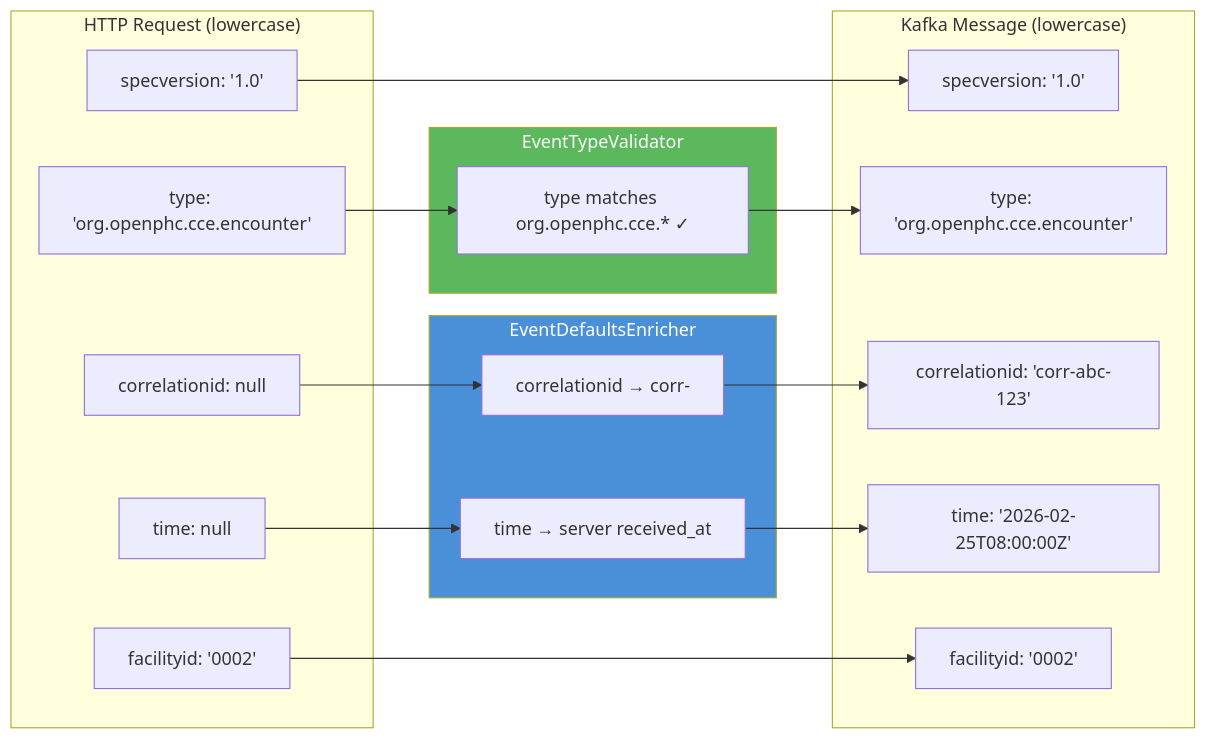
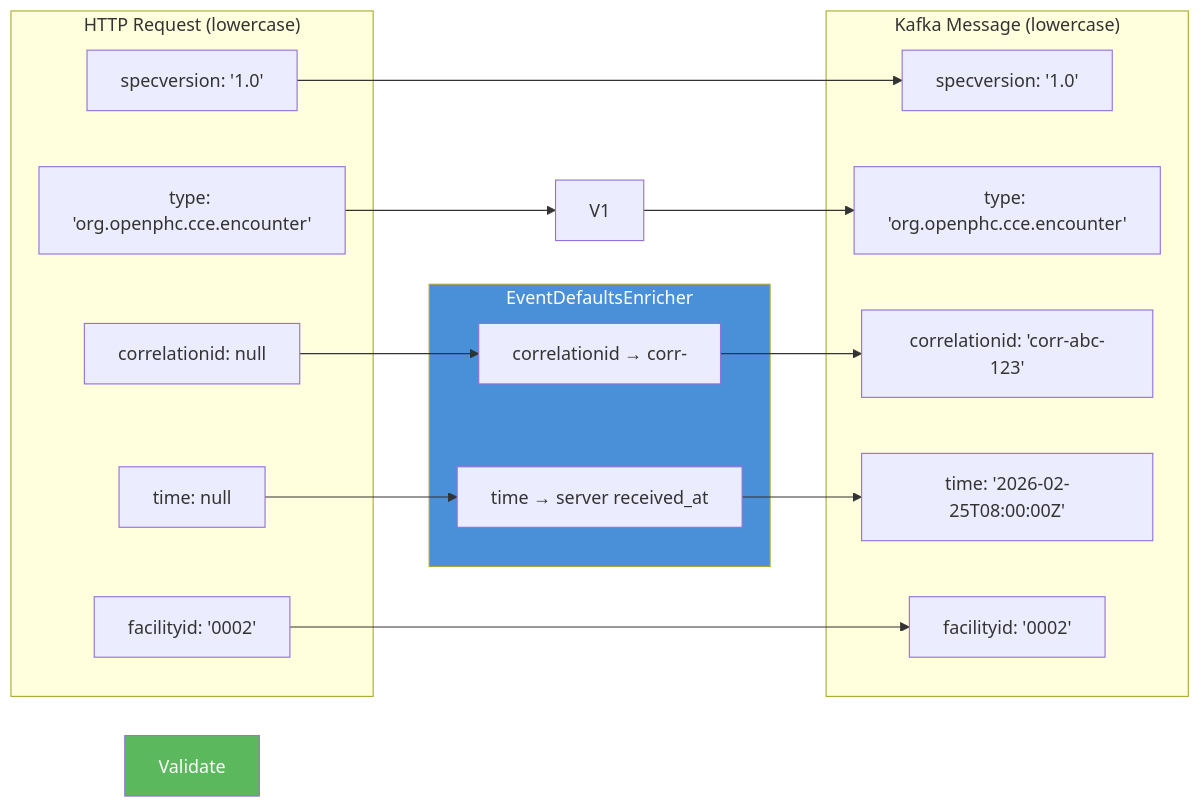
The seventh of 7 diagrams in docs/flow-diagrams.md (Jayaprakash8887/cce-collector-service), drawn with Mermaid before and after one commit. The commit also changed other lines of this file and 5 other files, not shown here.

````diff
--- a/docs/flow-diagrams.md
+++ b/docs/flow-diagrams.md
@@ -226,36 +214,32 @@
 ```mermaid
 flowchart LR
     subgraph Input["HTTP Request (lowercase)"]
         A1["specversion: '1.0'"]
         A2["type: 'org.openphc.cce.encounter'"]
         A3["correlationid: null"]
         A4["time: null"]
         A5["facilityid: '0002'"]
-    end
-
-    subgraph Validate["EventTypeValidator"]
-        V1["type matches org.openphc.cce.* ✓"]
     end
 
     subgraph Defaults["EventDefaultsEnricher"]
         N2["correlationid → corr-<uuid>"]
         N3["time → server received_at"]
     end
 
     subgraph Output["Kafka Message (lowercase)"]
         B1["specversion: '1.0'"]
         B2["type: 'org.openphc.cce.encounter'"]
         B3["correlationid: 'corr-abc-123'"]
         B4["time: '2026-02-25T08:00:00Z'"]
         B5["facilityid: '0002'"]
     end
 
     A1 --> B1
     A2 --> V1 --> B2
     A3 --> N2 --> B3
     A4 --> N3 --> B4
     A5 --> B5
 
     style Validate fill:#5cb85c,color:#fff
     style Defaults fill:#4a90d9,color:#fff
 ```
````
